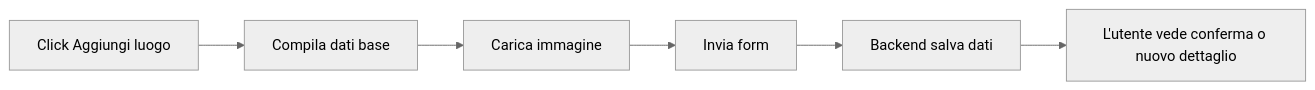
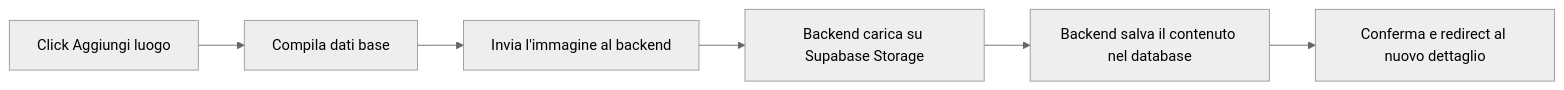
One commit to ricpastori/Progetto_Academy_MrDTwice changed the fifth of 6 diagrams in docs/information-architecture.md. Above: the diagram before and after it, drawn with Mermaid (neutral theme). The commit also changed other lines of this file and 23 other files, not shown here.

````diff
--- a/docs/information-architecture.md
+++ b/docs/information-architecture.md
@@ -102,8 +97,8 @@
 ```mermaid
 flowchart LR
   A["Click Aggiungi luogo"] --> B["Compila dati base"]
-  B --> C["Carica immagine"]
-  C --> D["Invia form"]
-  D --> E["Backend salva dati"]
-  E --> F["L'utente vede conferma o nuovo dettaglio"]
+  B --> C["Invia l'immagine al backend"]
+  C --> D["Backend carica su Supabase Storage"]
+  D --> E["Backend salva il contenuto nel database"]
+  E --> F["Conferma e redirect al nuovo dettaglio"]
 ```
````
